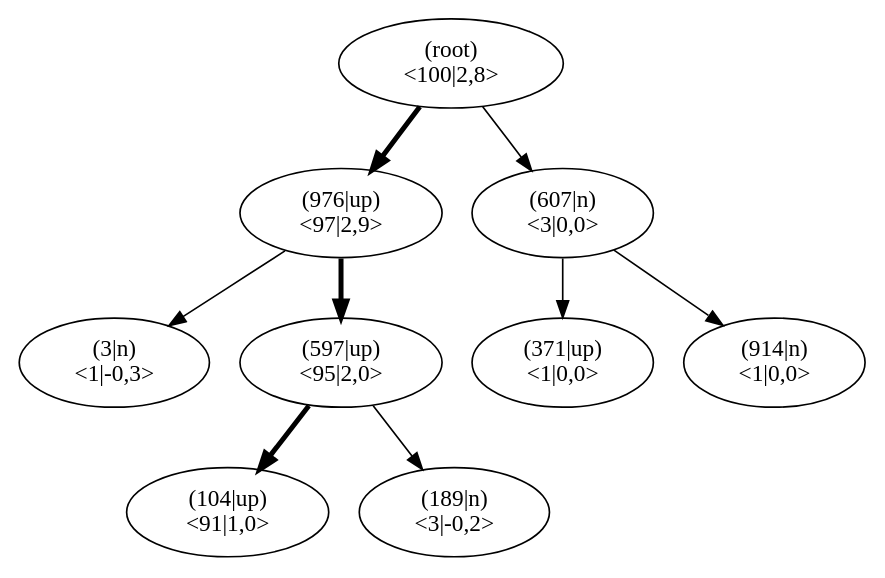
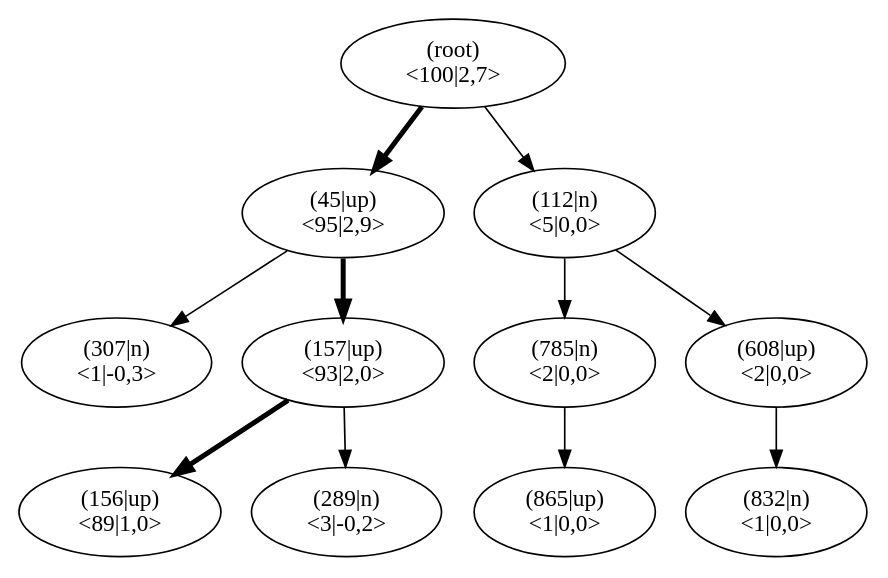
The diagram in pictures/ch13/jumper_test_mcts.dot (JonasHellgren/relexp-java), drawn with Graphviz before and after one commit. The commit also changed 3 other files, not shown here.

```diff
--- a/pictures/ch13/jumper_test_mcts.dot
+++ b/pictures/ch13/jumper_test_mcts.dot
@@ -1,29 +1,35 @@
 digraph MCTS {
 node [shape=ellipse];
 Nroot [label="(root)
-<100|2,8>"];
-Nroot -> N976[penwidth=3];
-N976 [label="(976|up)
-<97|2,9>"];
-N976 -> N3[penwidth=1];
-N3 [label="(3|n)
+<100|2,7>"];
+Nroot -> N45[penwidth=3];
+N45 [label="(45|up)
+<95|2,9>"];
+N45 -> N307[penwidth=1];
+N307 [label="(307|n)
 <1|-0,3>"];
-N976 -> N597[penwidth=3];
-N597 [label="(597|up)
-<95|2,0>"];
-N597 -> N104[penwidth=3];
-N104 [label="(104|up)
-<91|1,0>"];
-N597 -> N189[penwidth=1];
-N189 [label="(189|n)
+N45 -> N157[penwidth=3];
+N157 [label="(157|up)
+<93|2,0>"];
+N157 -> N156[penwidth=3];
+N156 [label="(156|up)
+<89|1,0>"];
+N157 -> N289[penwidth=1];
+N289 [label="(289|n)
 <3|-0,2>"];
-Nroot -> N607[penwidth=1];
-N607 [label="(607|n)
-<3|0,0>"];
-N607 -> N371[penwidth=1];
-N371 [label="(371|up)
+Nroot -> N112[penwidth=1];
+N112 [label="(112|n)
+<5|0,0>"];
+N112 -> N785[penwidth=1];
+N785 [label="(785|n)
+<2|0,0>"];
+N785 -> N865[penwidth=1];
+N865 [label="(865|up)
 <1|0,0>"];
-N607 -> N914[penwidth=1];
-N914 [label="(914|n)
+N112 -> N608[penwidth=1];
+N608 [label="(608|up)
+<2|0,0>"];
+N608 -> N832[penwidth=1];
+N832 [label="(832|n)
 <1|0,0>"];
 }
```
